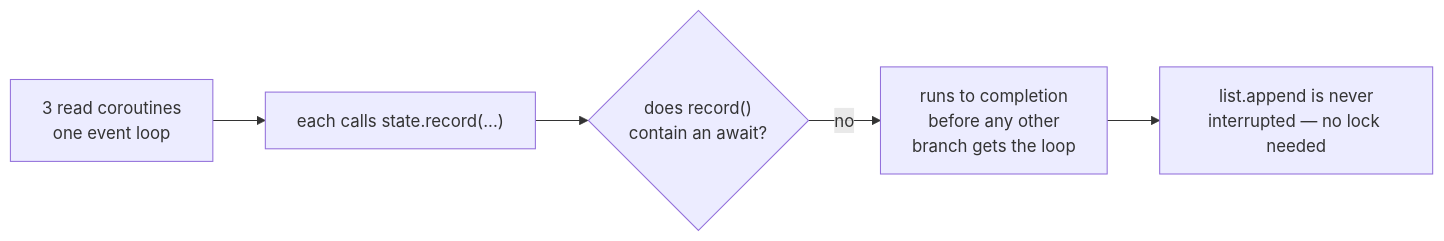
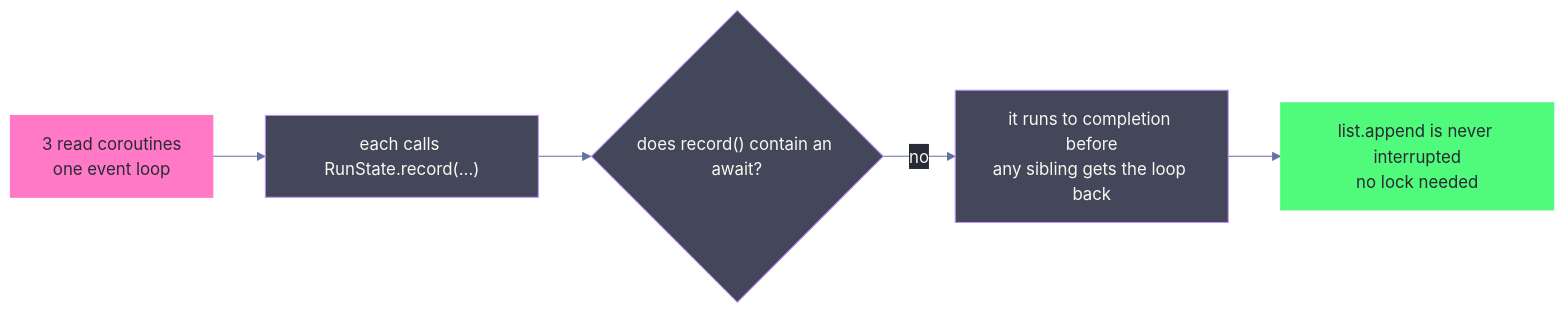
Before and after one commit to selvakumarperumal/tfd_prototype: diagram 12 of 39 in API_FLOW.md, drawn with Mermaid. The commit also changed other lines of this file, not shown here.

Commit message:
Update API flow documentation

````diff
--- a/API_FLOW.md
+++ b/API_FLOW.md
@@ -360,7 +474,14 @@
 ```mermaid
+%%{init:{'theme':'base','themeVariables':{'darkMode':true,'background':'#282a36','mainBkg':'#44475a','primaryColor':'#44475a','primaryTextColor':'#f8f8f2','primaryBorderColor':'#bd93f9','lineColor':'#6272a4','textColor':'#f8f8f2','nodeBorder':'#bd93f9','clusterBkg':'#21222c','clusterBorder':'#6272a4','edgeLabelBackground':'#282a36','actorBkg':'#44475a','actorBorder':'#bd93f9','actorTextColor':'#f8f8f2','actorLineColor':'#6272a4','signalColor':'#f8f8f2','signalTextColor':'#f8f8f2','noteBkgColor':'#414458','noteBorderColor':'#ffb86c','noteTextColor':'#f8f8f2','activationBkgColor':'#6272a4','activationBorderColor':'#bd93f9','labelBoxBkgColor':'#44475a','labelBoxBorderColor':'#bd93f9','labelTextColor':'#f8f8f2','loopTextColor':'#f8f8f2','sequenceNumberColor':'#282a36'}}}%%
 flowchart LR
-    A["3 read coroutines<br/>one event loop"] --> B["each calls state.record(...)"]
-    B --> C{"does record()<br/>contain an await?"}
-    C -->|no| D["runs to completion<br/>before any other<br/>branch gets the loop"]
-    D --> E["list.append is never<br/>interrupted — no lock needed"]
+    A["3 read coroutines<br/>one event loop"] --> B["each calls RunState.record(...)"]
+    B --> C{"does record() contain an await?"}
+    C -->|no| D["it runs to completion before<br/>any sibling gets the loop back"]
+    D --> E["list.append is never interrupted<br/>no lock needed"]
+
+    class A conc
+    class E ok
+
+    classDef conc fill:#ff79c6,stroke:#ff79c6,color:#282a36
+    classDef ok fill:#50fa7b,stroke:#50fa7b,color:#282a36
 ```
````
